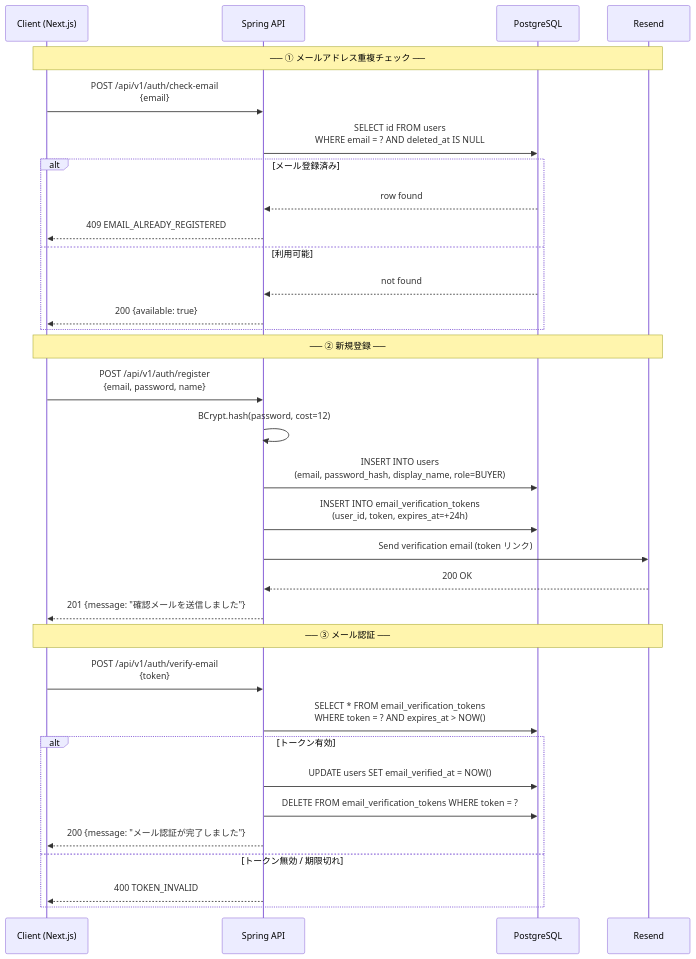
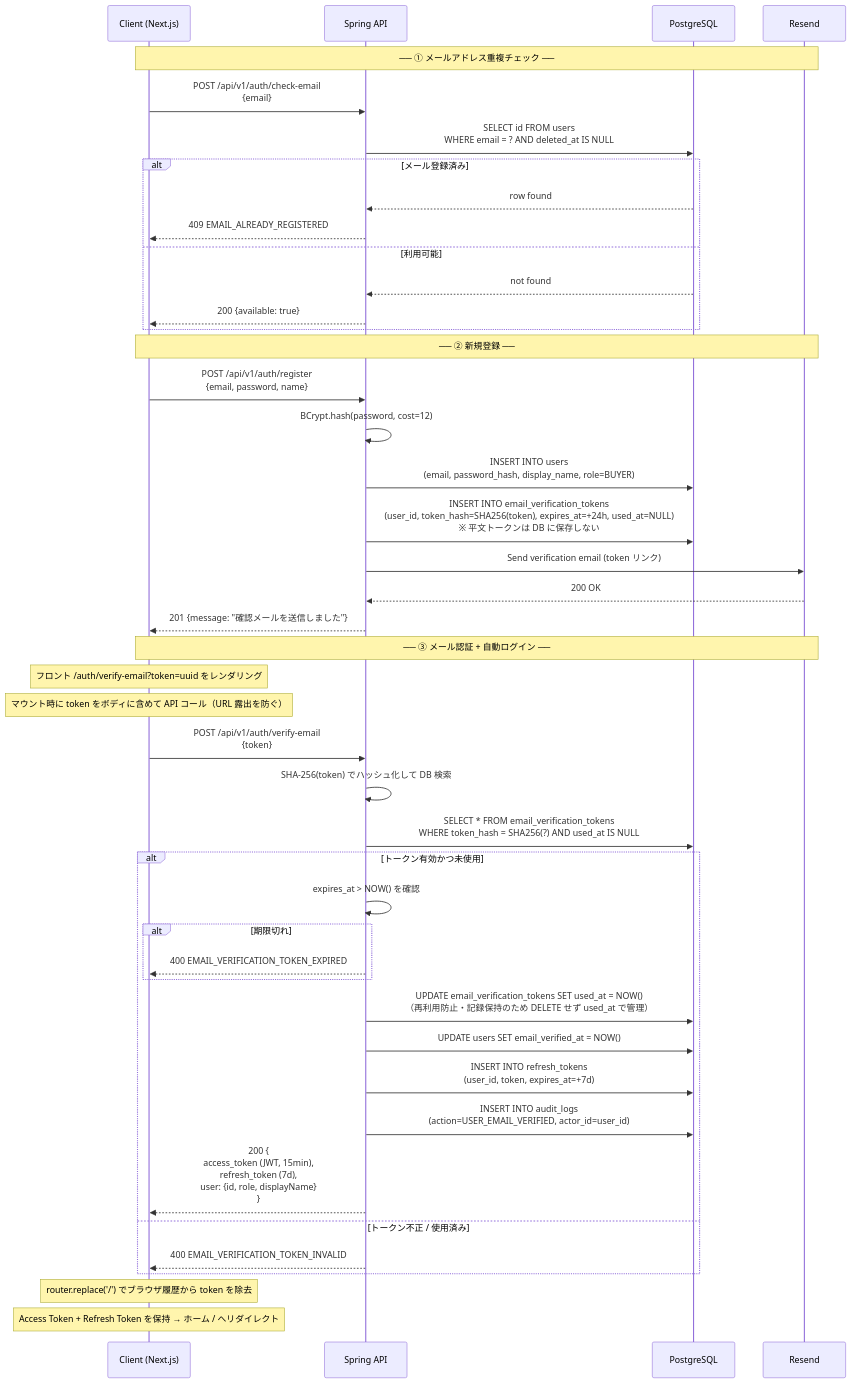
Before and after one commit to daobn99/kivio-project: the first of 20 diagrams in docs/design/SEQUENCE_FLOW.md, drawn with Mermaid. The commit also changed other lines of this file and 9 other files, not shown here.

Commit message:
docs: frontend coding standards, user flow追加, OVERVIEW, SECURITY, SEQUENCE FLOW更新

````diff
--- a/docs/design/SEQUENCE_FLOW.md
+++ b/docs/design/SEQUENCE_FLOW.md
@@ -30,38 +37,49 @@
 ```mermaid
 sequenceDiagram
     participant C as Client (Next.js)
     participant S as Spring API
     participant DB as PostgreSQL
     participant M as Resend
 
     Note over C,M: ── ① メールアドレス重複チェック ──
     C->>S: POST /api/v1/auth/check-email<br/>{email}
     S->>DB: SELECT id FROM users<br/>WHERE email = ? AND deleted_at IS NULL
     alt メール登録済み
         DB-->>S: row found
         S-->>C: 409 EMAIL_ALREADY_REGISTERED
     else 利用可能
         DB-->>S: not found
         S-->>C: 200 {available: true}
     end
 
     Note over C,M: ── ② 新規登録 ──
     C->>S: POST /api/v1/auth/register<br/>{email, password, name}
     S->>S: BCrypt.hash(password, cost=12)
     S->>DB: INSERT INTO users<br/>(email, password_hash, display_name, role=BUYER)
-    S->>DB: INSERT INTO email_verification_tokens<br/>(user_id, token, expires_at=+24h)
+    S->>DB: INSERT INTO email_verification_tokens<br/>(user_id, token_hash=SHA256(token), expires_at=+24h, used_at=NULL)<br/>※ 平文トークンは DB に保存しない
     S->>M: Send verification email (token リンク)
     M-->>S: 200 OK
     S-->>C: 201 {message: "確認メールを送信しました"}
 
-    Note over C,M: ── ③ メール認証 ──
+    Note over C,M: ── ③ メール認証 + 自動ログイン ──
+    Note over C: フロント /auth/verify-email?token=uuid をレンダリング
+    Note over C: マウント時に token をボディに含めて API コール（URL 露出を防ぐ）
     C->>S: POST /api/v1/auth/verify-email<br/>{token}
-    S->>DB: SELECT * FROM email_verification_tokens<br/>WHERE token = ? AND expires_at > NOW()
-    alt トークン有効
+    S->>S: SHA-256(token) でハッシュ化して DB 検索
+    S->>DB: SELECT * FROM email_verification_tokens<br/>WHERE token_hash = SHA256(?) AND used_at IS NULL
+    alt トークン有効かつ未使用
+        S->>S: expires_at > NOW() を確認
+        alt 期限切れ
+            S-->>C: 400 EMAIL_VERIFICATION_TOKEN_EXPIRED
+        end
+        S->>DB: UPDATE email_verification_tokens SET used_at = NOW()<br/>（再利用防止・記録保持のため DELETE せず used_at で管理）
         S->>DB: UPDATE users SET email_verified_at = NOW()
-        S->>DB: DELETE FROM email_verification_tokens WHERE token = ?
-        S-->>C: 200 {message: "メール認証が完了しました"}
-    else トークン無効 / 期限切れ
-        S-->>C: 400 TOKEN_INVALID
+        S->>DB: INSERT INTO refresh_tokens<br/>(user_id, token, expires_at=+7d)
+        S->>DB: INSERT INTO audit_logs<br/>(action=USER_EMAIL_VERIFIED, actor_id=user_id)
+        S-->>C: 200 {<br/>  access_token (JWT, 15min),<br/>  refresh_token (7d),<br/>  user: {id, role, displayName}<br/>}
+    else トークン不正 / 使用済み
+        S-->>C: 400 EMAIL_VERIFICATION_TOKEN_INVALID
     end
+    Note over C: router.replace('/') でブラウザ履歴から token を除去
+    Note over C: Access Token + Refresh Token を保持 → ホーム / へリダイレクト
 ```
````
